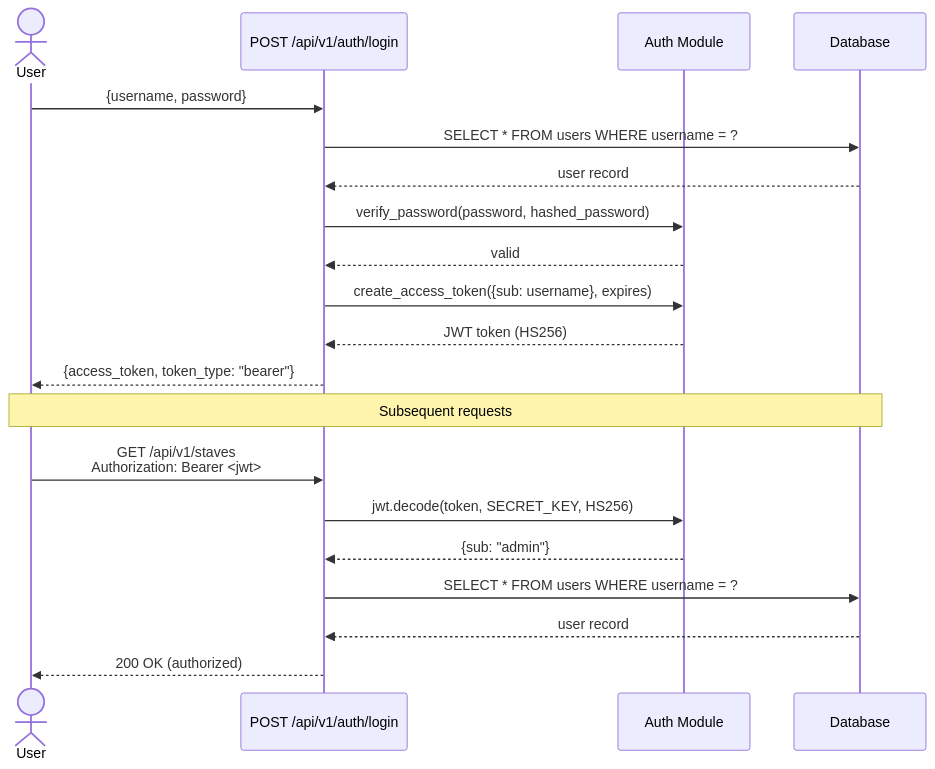
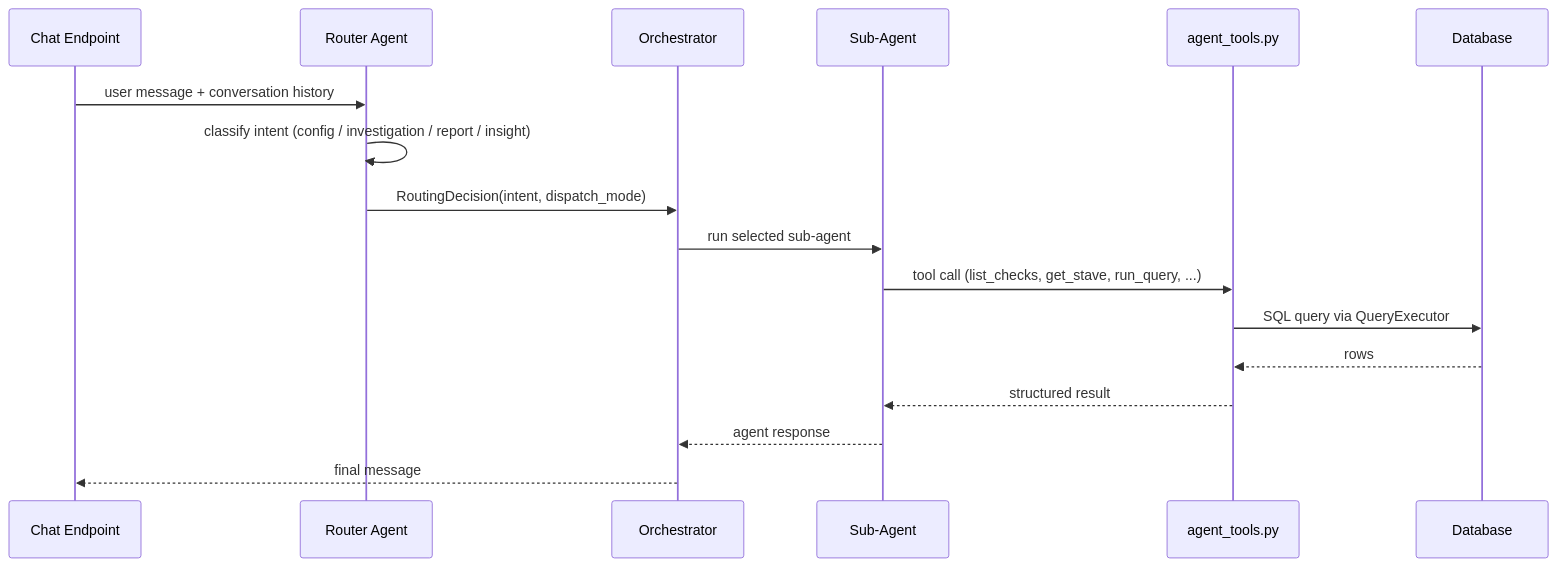
The second of 3 diagrams in docs/architecture.md (TheDataMaestros/datametronome), drawn with Mermaid before and after one commit. The commit also changed other lines of this file and 28 other files, not shown here.

````diff
--- a/docs/architecture.md
+++ b/docs/architecture.md
@@ -556,26 +149,20 @@
 ```mermaid
 sequenceDiagram
-    actor User
-    participant API as POST /api/v1/auth/login
-    participant Auth as Auth Module
+    participant C as Chat Endpoint
+    participant R as Router Agent
+    participant O as Orchestrator
+    participant A as Sub-Agent
+    participant T as agent_tools.py
     participant DB as Database
 
-    User->>API: {username, password}
-    API->>DB: SELECT * FROM users WHERE username = ?
-    DB-->>API: user record
-    API->>Auth: verify_password(password, hashed_password)
-    Auth-->>API: valid
-
-    API->>Auth: create_access_token({sub: username}, expires)
-    Auth-->>API: JWT token (HS256)
-    API-->>User: {access_token, token_type: "bearer"}
-
-    Note over User,DB: Subsequent requests
-
-    User->>API: GET /api/v1/staves<br/>Authorization: Bearer <jwt>
-    API->>Auth: jwt.decode(token, SECRET_KEY, HS256)
-    Auth-->>API: {sub: "admin"}
-    API->>DB: SELECT * FROM users WHERE username = ?
-    DB-->>API: user record
-    API-->>User: 200 OK (authorized)
+    C->>R: user message + conversation history
+    R->>R: classify intent (config / investigation / report / insight)
+    R->>O: RoutingDecision(intent, dispatch_mode)
+    O->>A: run selected sub-agent
+    A->>T: tool call (list_checks, get_stave, run_query, ...)
+    T->>DB: SQL query via QueryExecutor
+    DB-->>T: rows
+    T-->>A: structured result
+    A-->>O: agent response
+    O-->>C: final message
 ```
````
